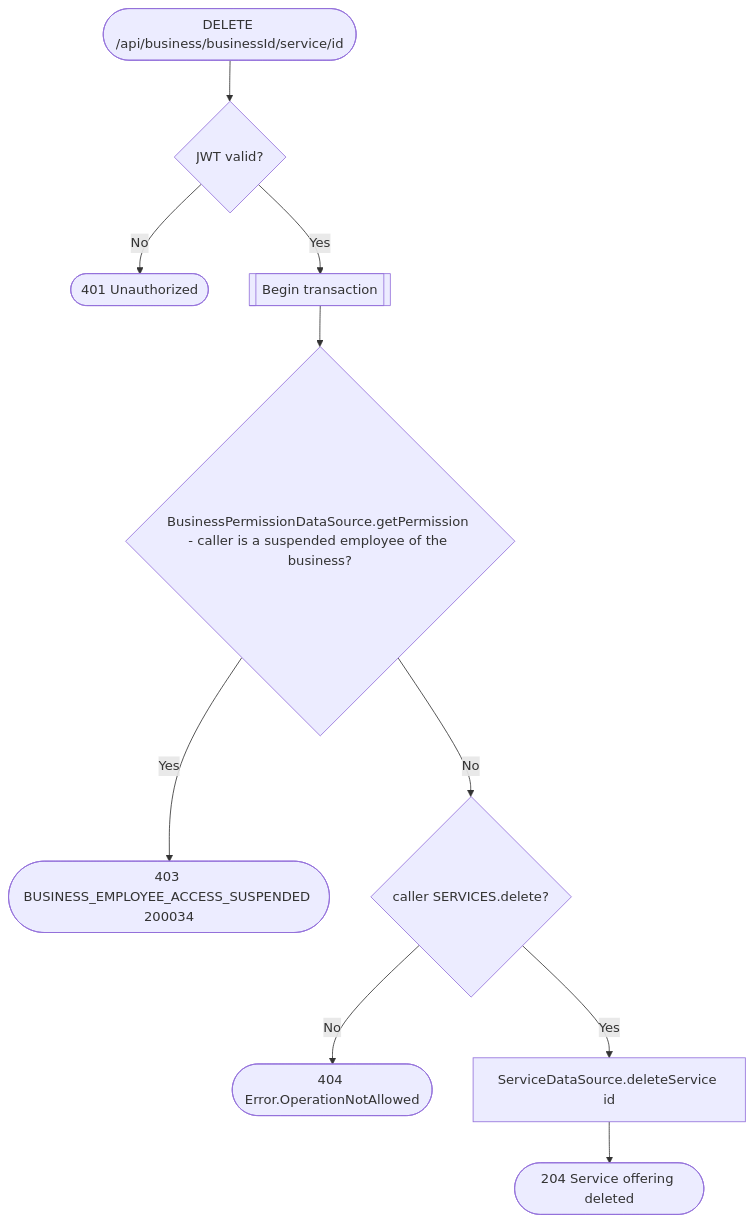
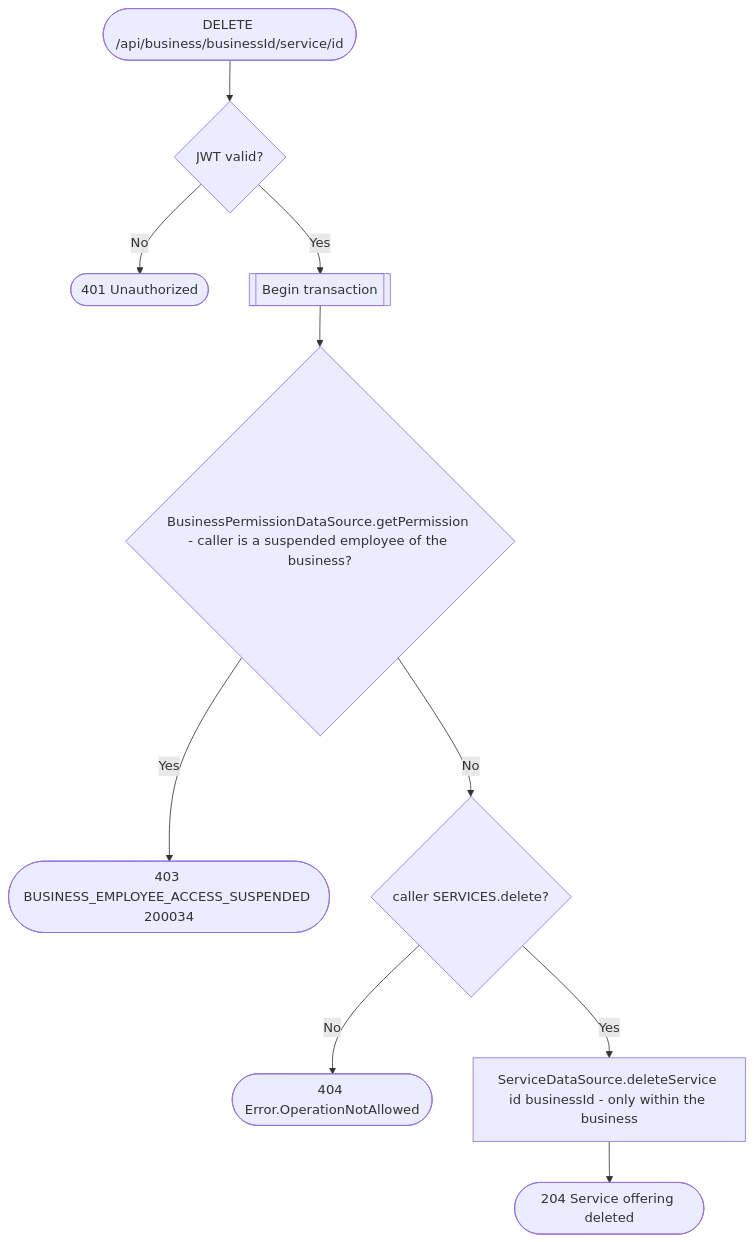
Before and after one commit to an22/bookk.me-backend: the diagram in docs/operations/business/delete-service.md, drawn with Mermaid. The commit also changed other lines of this file and 24 other files, not shown here.

````diff
--- a/docs/operations/business/delete-service.md
+++ b/docs/operations/business/delete-service.md
@@ -5,12 +17,12 @@
 ```mermaid
 flowchart TD
     Start([DELETE /api/business/businessId/service/id]) --> Auth{JWT valid?}
     Auth -- No --> R401([401 Unauthorized])
     Auth -- Yes --> Tx[[Begin transaction]]
     Tx --> Suspended{BusinessPermissionDataSource.getPermission - caller is a suspended employee of the business?}
     Suspended -- Yes --> R403s([403 BUSINESS_EMPLOYEE_ACCESS_SUSPENDED 200034])
     Suspended -- No --> Perm{caller SERVICES.delete?}
     Perm -- No --> R404([404 Error.OperationNotAllowed])
-    Perm -- Yes --> Delete[ServiceDataSource.deleteService id]
+    Perm -- Yes --> Delete[ServiceDataSource.deleteService id businessId - only within the business]
     Delete --> R204([204 Service offering deleted])
 ```
````
